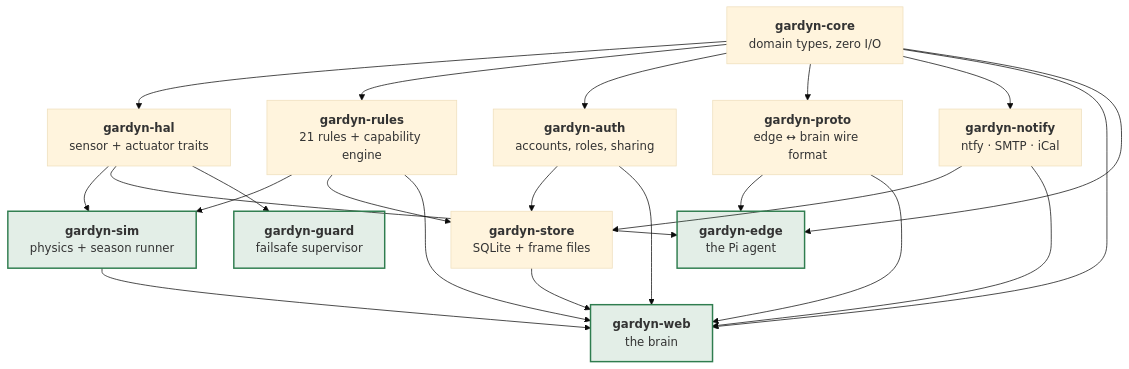
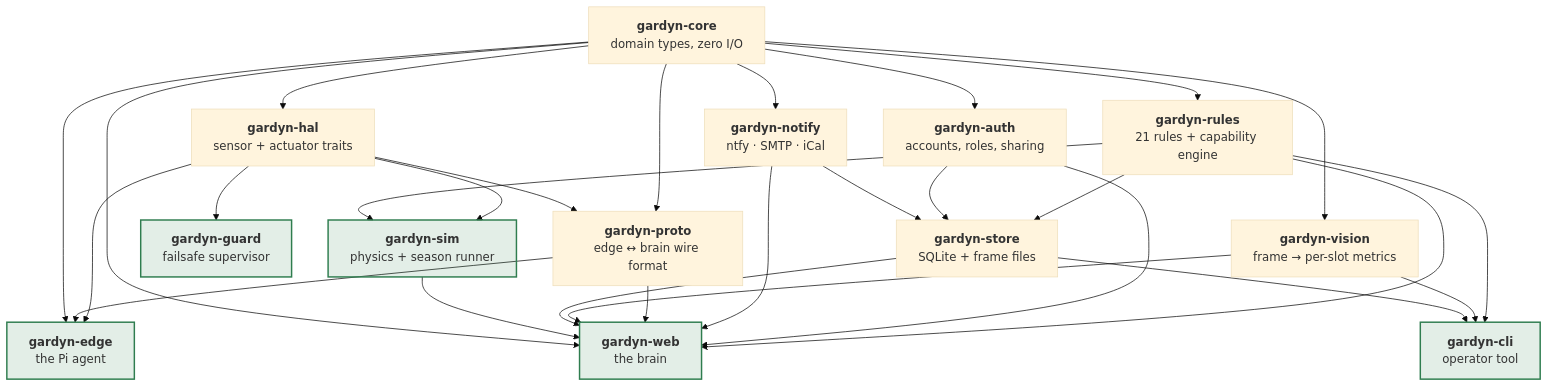
Before and after one commit to aero530/garden_monitor: the diagram in README.md, drawn with Mermaid (base theme). The commit also changed other lines of this file and 9 other files, not shown here.

````diff
--- a/README.md
+++ b/README.md
@@ -27,27 +29,31 @@
 ```mermaid
 flowchart TD
   core["<b>gardyn-core</b><br/>domain types, zero I/O"]
   hal["<b>gardyn-hal</b><br/>sensor + actuator traits"]
   rules["<b>gardyn-rules</b><br/>21 rules + capability engine"]
   auth["<b>gardyn-auth</b><br/>accounts, roles, sharing"]
   proto["<b>gardyn-proto</b><br/>edge ↔ brain wire format"]
   notify["<b>gardyn-notify</b><br/>ntfy · SMTP · iCal"]
   sim["<b>gardyn-sim</b><br/>physics + season runner"]
   store["<b>gardyn-store</b><br/>SQLite + frame files"]
   web["<b>gardyn-web</b><br/>the brain"]
   edge["<b>gardyn-edge</b><br/>the Pi agent"]
   guard["<b>gardyn-guard</b><br/>failsafe supervisor"]
 
-  core --> hal & rules & auth & proto & notify
-  hal --> sim & edge & guard
-  rules --> sim & store & web
+  vision["<b>gardyn-vision</b><br/>frame → per-slot metrics"]
+  cli["<b>gardyn-cli</b><br/>operator tool"]
+
+  core --> hal & rules & auth & proto & notify & vision
+  hal --> sim & edge & guard & proto
+  rules --> sim & store & web & cli
   auth --> store & web
   notify --> store & web
   proto --> edge & web
-  store --> web
+  vision --> web & cli
+  store --> web & cli
   sim --> web
   core --> web & edge
 
   classDef bin fill:#2f7d4f22,stroke:#2f7d4f,stroke-width:2px
-  class web,edge,guard,sim bin
+  class web,edge,guard,sim,cli bin
 ```
````
